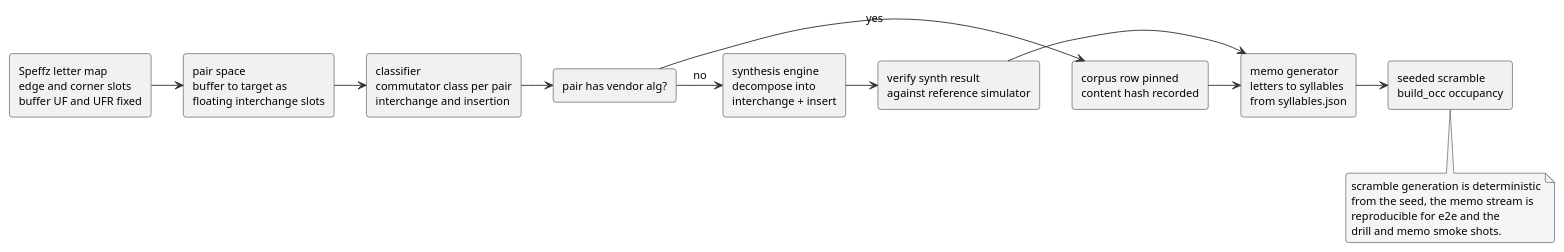
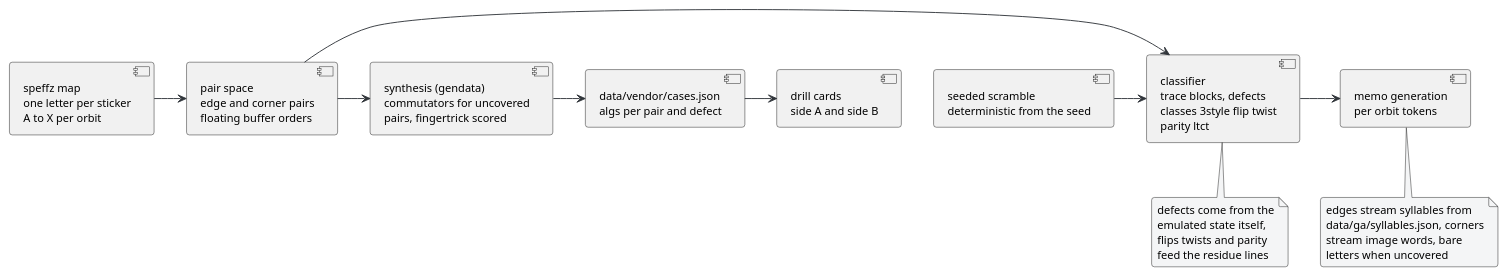
The diagram in docs/diagrams/03-scheme.puml (lavantien/blind-trainer), drawn with PlantUML before and after one commit. The commit also changed 20 other files, not shown here.

Commit message:
docs(diagrams): current architecture sources, rendered pngs, badge states

```diff
--- a/docs/diagrams/03-scheme.puml
+++ b/docs/diagrams/03-scheme.puml
@@ -1,32 +1,35 @@
 @startuml 03-scheme
 skinparam backgroundColor #FFFFFF
 skinparam defaultFontName Segoe UI
 skinparam defaultFontSize 12
 skinparam roundCorner 6
 skinparam ArrowColor #2f3439
 skinparam NoteBackgroundColor #f4f5f6
-rectangle "Speffz letter map\nedge and corner slots\nbuffer UF and UFR fixed" as map
-rectangle "pair space\nbuffer to target as\nfloating interchange slots" as pairs
-rectangle "classifier\ncommutator class per pair\ninterchange and insertion" as classifier
-rectangle "pair has vendor alg?" as has
-rectangle "corpus row pinned\ncontent hash recorded" as corpus
-rectangle "synthesis engine\ndecompose into\ninterchange + insert" as synth
-rectangle "verify synth result\nagainst reference simulator" as verifysynth
-rectangle "memo generator\nletters to syllables\nfrom syllables.json" as memo
-rectangle "seeded scramble\nbuild_occ occupancy" as scramble
+component "speffz map\none letter per sticker\nA to X per orbit" as map
+component "pair space\nedge and corner pairs\nfloating buffer orders" as pairs
+component "seeded scramble\ndeterministic from the seed" as scramble
+component "classifier\ntrace blocks, defects\nclasses 3style flip twist\nparity ltct" as classifier
+component "memo generation\nper orbit tokens" as memo
+component "synthesis (gendata)\ncommutators for uncovered\npairs, fingertrick scored" as synth
+component "data/vendor/cases.json\nalgs per pair and defect" as cases
+component "drill cards\nside A and side B" as drill
 map -> pairs
+scramble -> classifier
 pairs -> classifier
-classifier -> has
-has -> corpus : yes
-has -> synth : no
-synth -> verifysynth
-corpus -> memo
-verifysynth -> memo
-memo -> scramble
-note bottom of scramble
-  scramble generation is deterministic
-  from the seed, the memo stream is
-  reproducible for e2e and the
-  drill and memo smoke shots.
+classifier -> memo
+pairs -> synth
+synth -> cases
+cases -> drill
+note bottom of memo
+  edges stream syllables from
+  data/ga/syllables.json, corners
+  stream image words, bare
+  letters when uncovered
+end note
+note bottom of classifier
+  defects come from the
+  emulated state itself,
+  flips twists and parity
+  feed the residue lines
 end note
 @enduml
```
